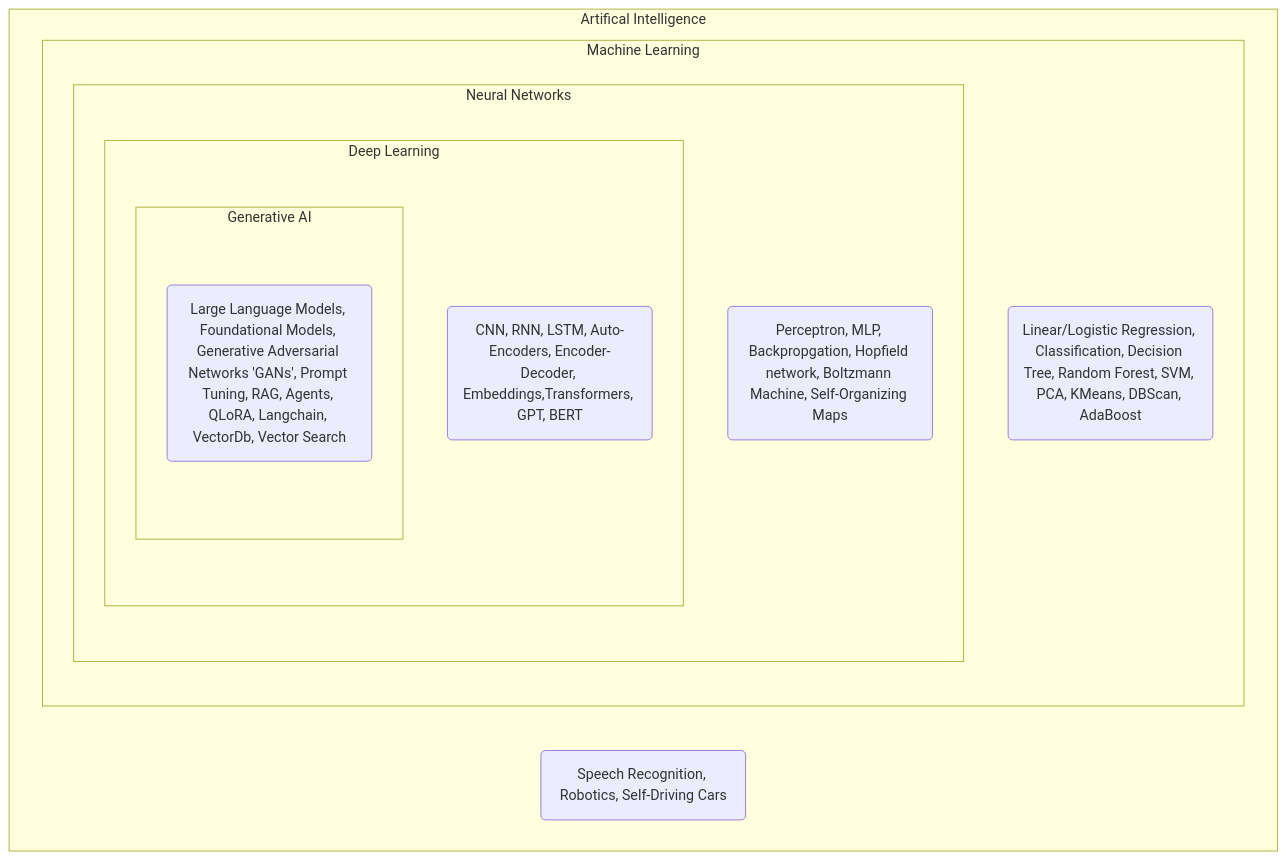
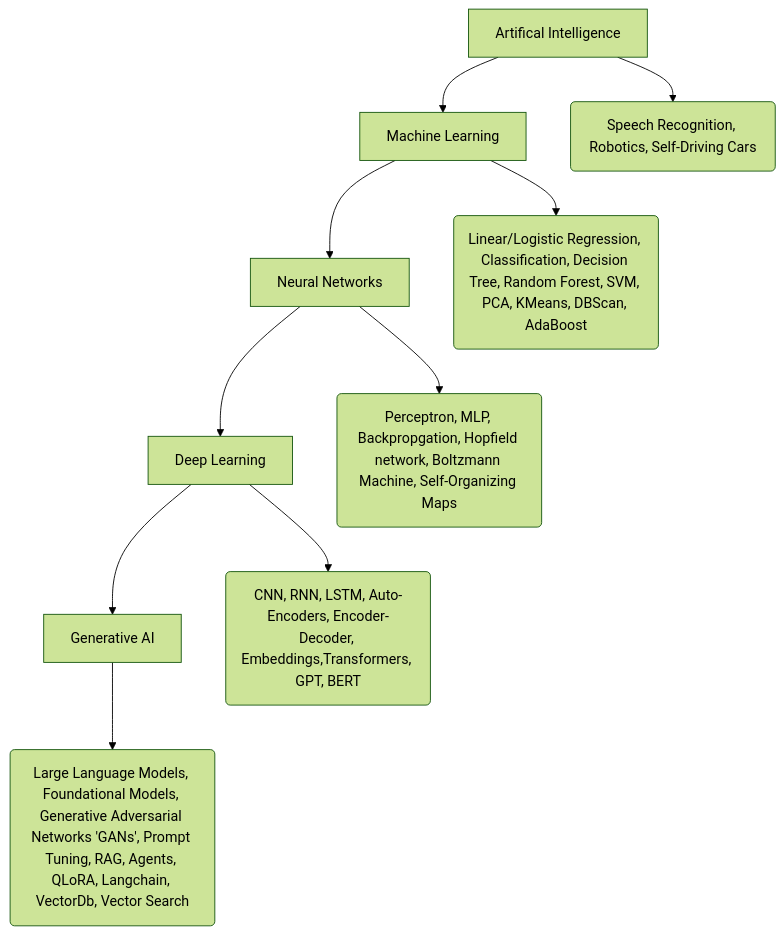
One commit to Peak-Worth/mlrun.in changed the diagram in docs/source/ML.md. Above: the diagram before and after it, drawn with Mermaid.

````diff
--- a/docs/source/ML.md
+++ b/docs/source/ML.md
@@ -3,20 +3,17 @@
 ```{mermaid}
+---
+config:
+  theme: forest
+---
 graph TD
-    subgraph A[Artifical Intelligence]
-        a1(Speech Recognition, Robotics, Self-Driving Cars)
-        subgraph B[Machine Learning]
-            b1(Linear/Logistic Regression, Classification, Decision Tree, Random Forest, SVM, PCA, KMeans, DBScan, AdaBoost)
-            subgraph C[Neural Networks]
-                c1(Perceptron, MLP, Backpropgation, Hopfield network, Boltzmann Machine, Self-Organizing Maps)
-                subgraph D[Deep Learning]
-                    d1(CNN, RNN, LSTM, Auto-Encoders, Encoder-Decoder, Embeddings,Transformers, GPT, BERT)
-                    subgraph E[Generative AI]
-                        g1(Large Language Models, Foundational Models, Generative Adversarial Networks 'GANs', Prompt Tuning, RAG, Agents, QLoRA, Langchain, VectorDb, Vector Search)
+    A[Artifical Intelligence] --> B[Machine Learning]
+    B --> C[Neural Networks]
+    C --> D[Deep Learning]
+    D --> E[Generative AI]
+    A --> a1(Speech Recognition, Robotics, Self-Driving Cars)
+    B --> b1(Linear/Logistic Regression, Classification, Decision Tree, Random Forest, SVM, PCA, KMeans, DBScan, AdaBoost)
+    C --> c1(Perceptron, MLP, Backpropgation, Hopfield network, Boltzmann Machine, Self-Organizing Maps)
+    D --> d1(CNN, RNN, LSTM, Auto-Encoders, Encoder-Decoder, Embeddings,Transformers, GPT, BERT)
+    E --> g1(Large Language Models, Foundational Models, Generative Adversarial Networks 'GANs', Prompt Tuning, RAG, Agents, QLoRA, Langchain, VectorDb, Vector Search)
 
-                    end
-                end
-            end
-
-        end
-    end
 ```
````
